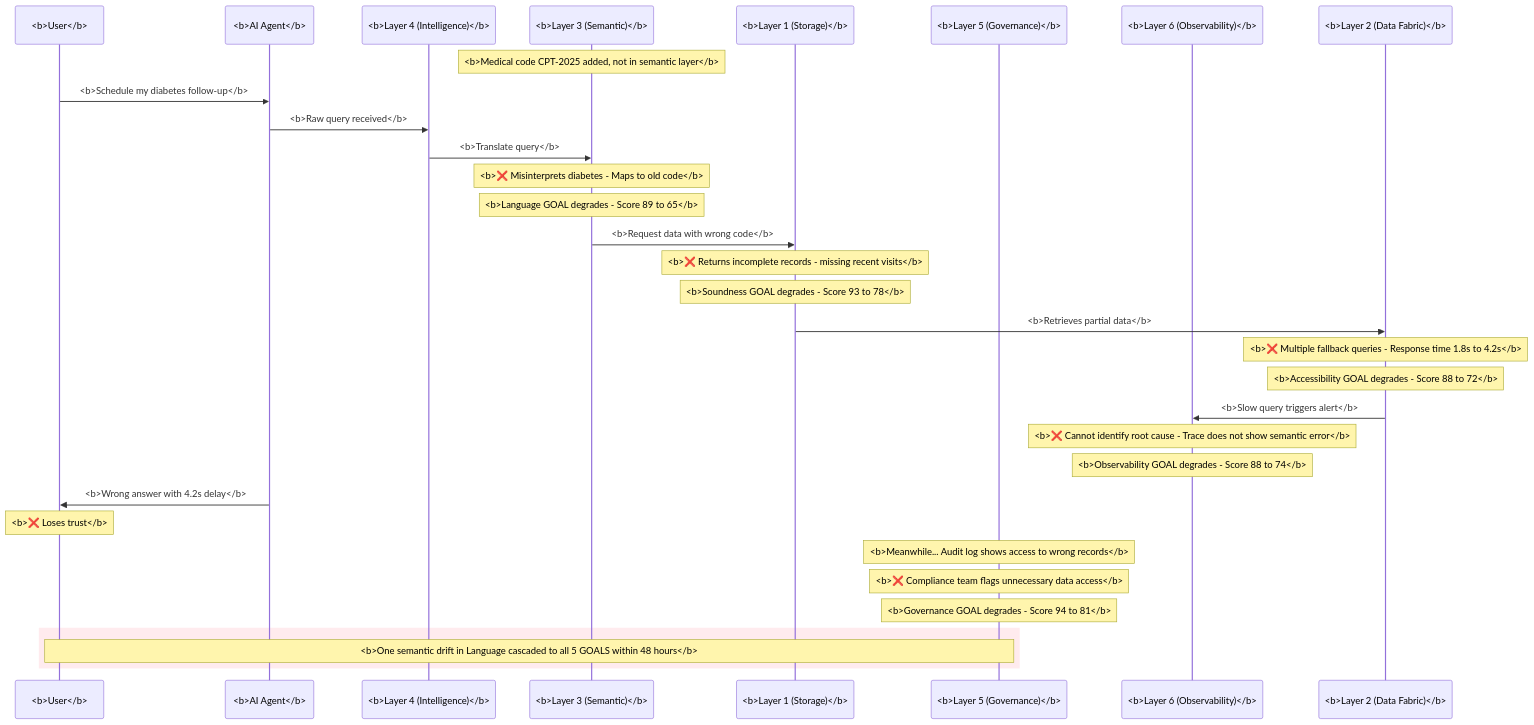
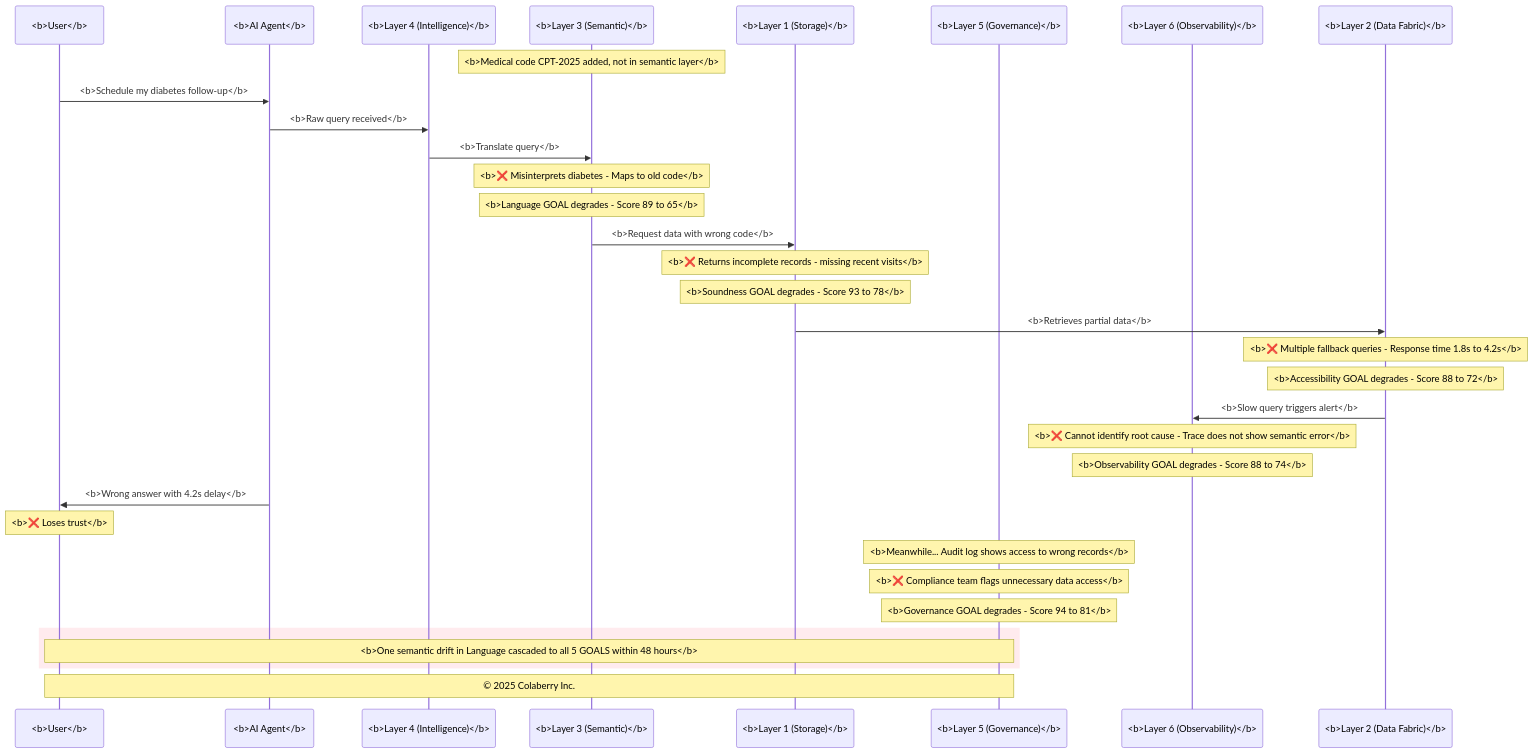
One commit to colaberry/enterprise-data-readiness-ai-agents changed the tenth of 11 diagrams in chapter-02/chapter_2_complete.md. Above: the diagram before and after it, drawn with Mermaid. The commit also changed other lines of this file and 1 other file, not shown here.

````diff
--- a/chapter-02/chapter_2_complete.md
+++ b/chapter-02/chapter_2_complete.md
@@ -1548,42 +1574,44 @@
 ```mermaid
 sequenceDiagram
     participant U as <b>User</b>
     participant Agent as <b>AI Agent</b>
     participant L4 as <b>Layer 4 (Intelligence)</b>
     participant L3 as <b>Layer 3 (Semantic)</b>
     participant L1 as <b>Layer 1 (Storage)</b>
     participant L5 as <b>Layer 5 (Governance)</b>
     participant L6 as <b>Layer 6 (Observability)</b>
     participant L2 as <b>Layer 2 (Data Fabric)</b>
     
     Note over L3: <b>Medical code CPT-2025 added, not in semantic layer</b>
     
     U->>Agent: <b>Schedule my diabetes follow-up</b>
     Agent->>L4: <b>Raw query received</b>
     L4->>L3: <b>Translate query</b>
     Note over L3: <b>❌ Misinterprets diabetes - Maps to old code</b>
     Note over L3: <b>Language GOAL degrades - Score 89 to 65</b>
     
     L3->>L1: <b>Request data with wrong code</b>
     Note over L1: <b>❌ Returns incomplete records - missing recent visits</b>
     Note over L1: <b>Soundness GOAL degrades - Score 93 to 78</b>
     
     L1->>L2: <b>Retrieves partial data</b>
     Note over L2: <b>❌ Multiple fallback queries - Response time 1.8s to 4.2s</b>
     Note over L2: <b>Accessibility GOAL degrades - Score 88 to 72</b>
     
     L2->>L6: <b>Slow query triggers alert</b>
     Note over L6: <b>❌ Cannot identify root cause - Trace does not show semantic error</b>
     Note over L6: <b>Observability GOAL degrades - Score 88 to 74</b>
     
     Agent->>U: <b>Wrong answer with 4.2s delay</b>
     Note over U: <b>❌ Loses trust</b>
     
     Note over L5: <b>Meanwhile... Audit log shows access to wrong records</b>
     Note over L5: <b>❌ Compliance team flags unnecessary data access</b>
     Note over L5: <b>Governance GOAL degrades - Score 94 to 81</b>
     
     rect rgb(255, 235, 238)
         Note over U,L5: <b>One semantic drift in Language cascaded to all 5 GOALS within 48 hours</b>
     end
+    
+    Note over U,L5: © 2025 Colaberry Inc.
 ```
````
